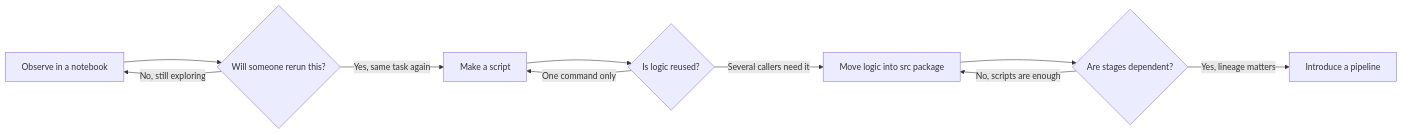
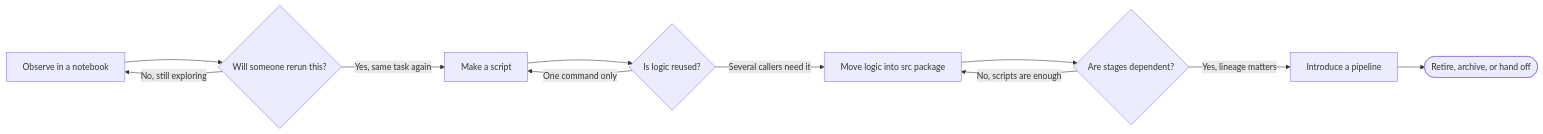
One commit to kube-dojo/kube-dojo changed the diagram in src/content/docs/ai-ml-engineering/prerequisites/module-1.4-notebooks-scripts-project-layouts.md. Above: the diagram before and after it, drawn with Mermaid. The commit also changed other lines of this file, not shown here.

````diff
--- a/src/content/docs/ai-ml-engineering/prerequisites/module-1.4-notebooks-scripts-project-layouts.md
+++ b/src/content/docs/ai-ml-engineering/prerequisites/module-1.4-notebooks-scripts-project-layouts.md
@@ -73,12 +73,13 @@
 ```mermaid
 flowchart LR
     N[Observe in a notebook] --> D{Will someone rerun this?}
     D -->|No, still exploring| N
     D -->|Yes, same task again| S[Make a script]
     S --> R{Is logic reused?}
     R -->|One command only| S
     R -->|Several callers need it| P[Move logic into src package]
     P --> W{Are stages dependent?}
     W -->|No, scripts are enough| P
     W -->|Yes, lineage matters| L[Introduce a pipeline]
+    L --> X([Retire, archive, or hand off])
 ```
````
